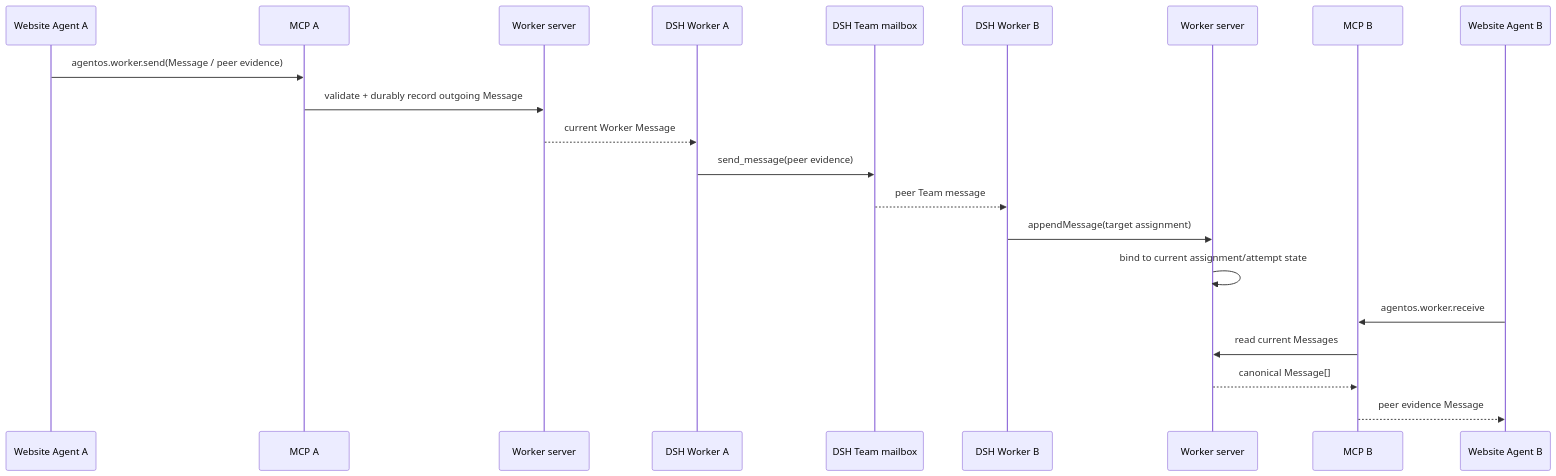
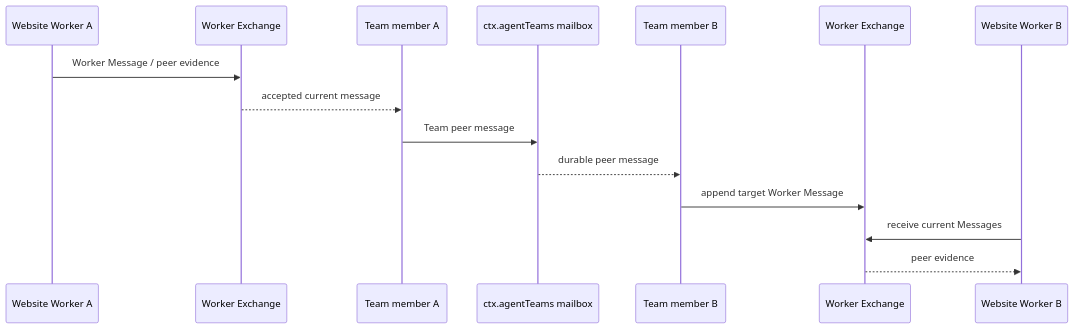
One commit to tsuuanmi/AgentOS changed the fourth of 5 diagrams in docs/architecture/agent-communication.md. Above: the diagram before and after it, drawn with Mermaid. The commit also changed other lines of this file, not shown here.

Commit message:
docs: make communication Worker-provider neutral

```diff
--- a/docs/architecture/agent-communication.md
+++ b/docs/architecture/agent-communication.md
@@ -223,27 +192,18 @@
 ~~~mermaid
 sequenceDiagram
-    participant WA as Website Agent A
-    participant MCPA as MCP A
-    participant WSA as Worker server
-    participant DWA as DSH Worker A
-    participant DSH as DSH Team mailbox
-    participant DWB as DSH Worker B
-    participant WSB as Worker server
-    participant MCPB as MCP B
-    participant WB as Website Agent B
+    participant WA as Website Worker A
+    participant XA as Worker Exchange
+    participant A as Team member A
+    participant Team as ctx.agentTeams mailbox
+    participant B as Team member B
+    participant XB as Worker Exchange
+    participant WB as Website Worker B
 
-    WA->>MCPA: agentos.worker.send(Message / peer evidence)
-    MCPA->>WSA: validate + durably record outgoing Message
-    WSA-->>DWA: current Worker Message
-
-    DWA->>DSH: send_message(peer evidence)
-    DSH-->>DWB: peer Team message
-
-    DWB->>WSB: appendMessage(target assignment)
-    WSB->>WSB: bind to current assignment/attempt state
-
-    WB->>MCPB: agentos.worker.receive
-    MCPB->>WSB: read current Messages
-    WSB-->>MCPB: canonical Message[]
-    MCPB-->>WB: peer evidence Message
+    WA->>XA: Worker Message / peer evidence
+    XA-->>A: accepted current message
+    A->>Team: Team peer message
+    Team-->>B: durable peer message
+    B->>XB: append target Worker Message
+    WB->>XB: receive current Messages
+    XB-->>WB: peer evidence
 ~~~
```
